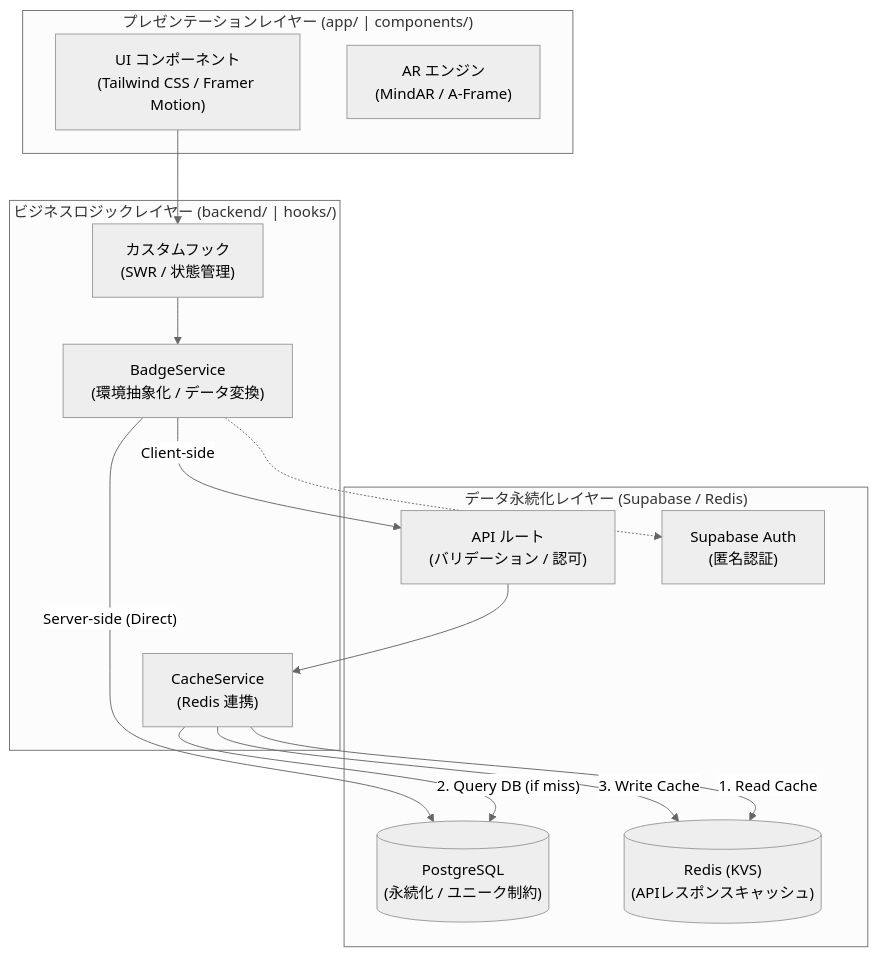
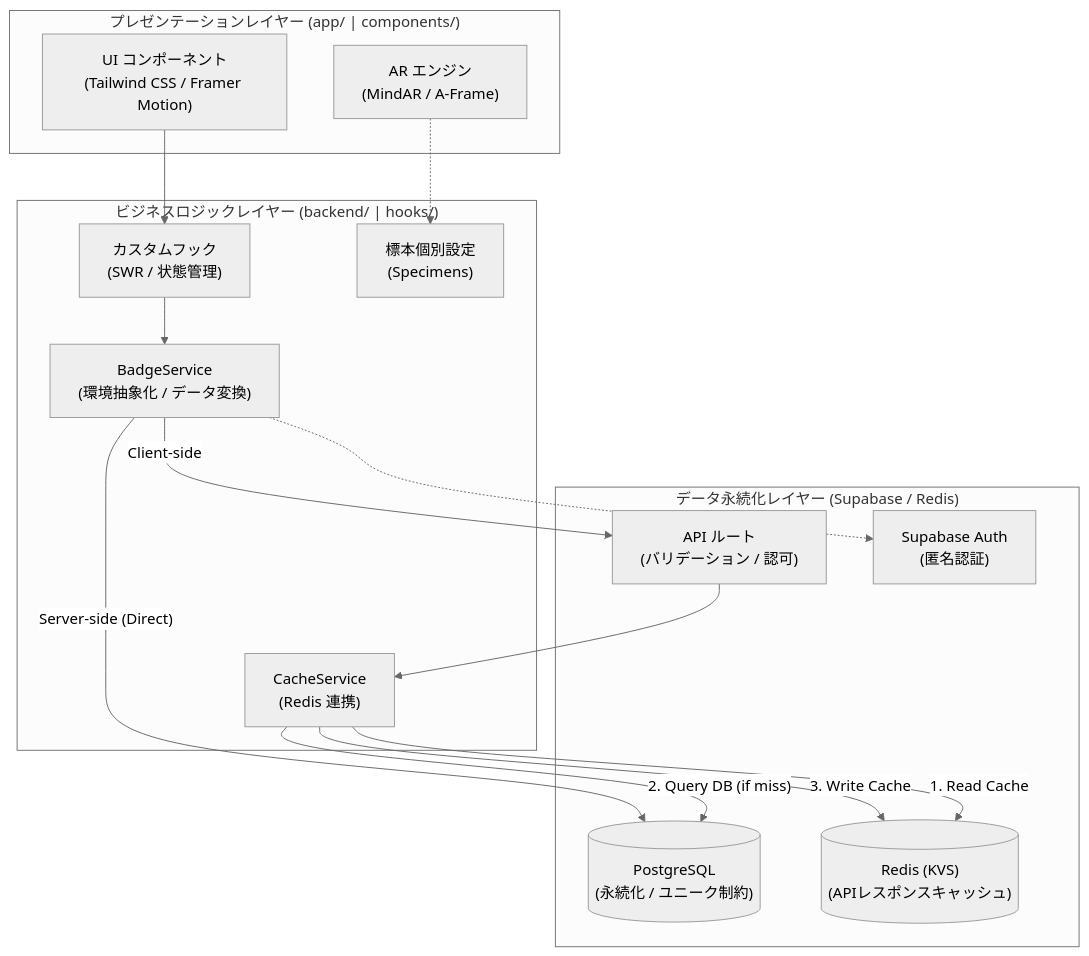
One commit to yuma25/ATD26 changed the diagram in docs/ARCHITECTURE.md. Above: the diagram before and after it, drawn with Mermaid (neutral theme). The commit also changed other lines of this file and 11 other files, not shown here.

````diff
--- a/docs/ARCHITECTURE.md
+++ b/docs/ARCHITECTURE.md
@@ -11,32 +11,34 @@
 ```mermaid
 graph TD
     %% レイヤー定義
     subgraph Presentation ["プレゼンテーションレイヤー (app/ | components/)"]
         UI["UI コンポーネント<br/>(Tailwind CSS / Framer Motion)"]
         AR["AR エンジン<br/>(MindAR / A-Frame)"]
     end
 
     subgraph Logic ["ビジネスロジックレイヤー (backend/ | hooks/)"]
         Hooks["カスタムフック<br/>(SWR / 状態管理)"]
         BS["BadgeService<br/>(環境抽象化 / データ変換)"]
         CS["CacheService<br/>(Redis 連携)"]
+        Spec["標本個別設定<br/>(Specimens)"]
     end
 
     subgraph Data ["データ永続化レイヤー (Supabase / Redis)"]
         API["API ルート<br/>(バリデーション / 認可)"]
         DB[("PostgreSQL<br/>(永続化 / ユニーク制約)")]
         Cache[("Redis (KVS)<br/>(APIレスポンスキャッシュ)")]
         Auth["Supabase Auth<br/>(匿名認証)"]
     end
 
     %% 通信フロー
     UI --> Hooks
     Hooks --> BS
     BS -- Client-side --> API
     API --> CS
     CS -- 1. Read Cache --> Cache
     CS -- 2. Query DB (if miss) --> DB
     CS -- 3. Write Cache --> Cache
     BS -- Server-side (Direct) --> DB
     BS -.-> Auth
+    AR -.-> Spec
 ```
````
